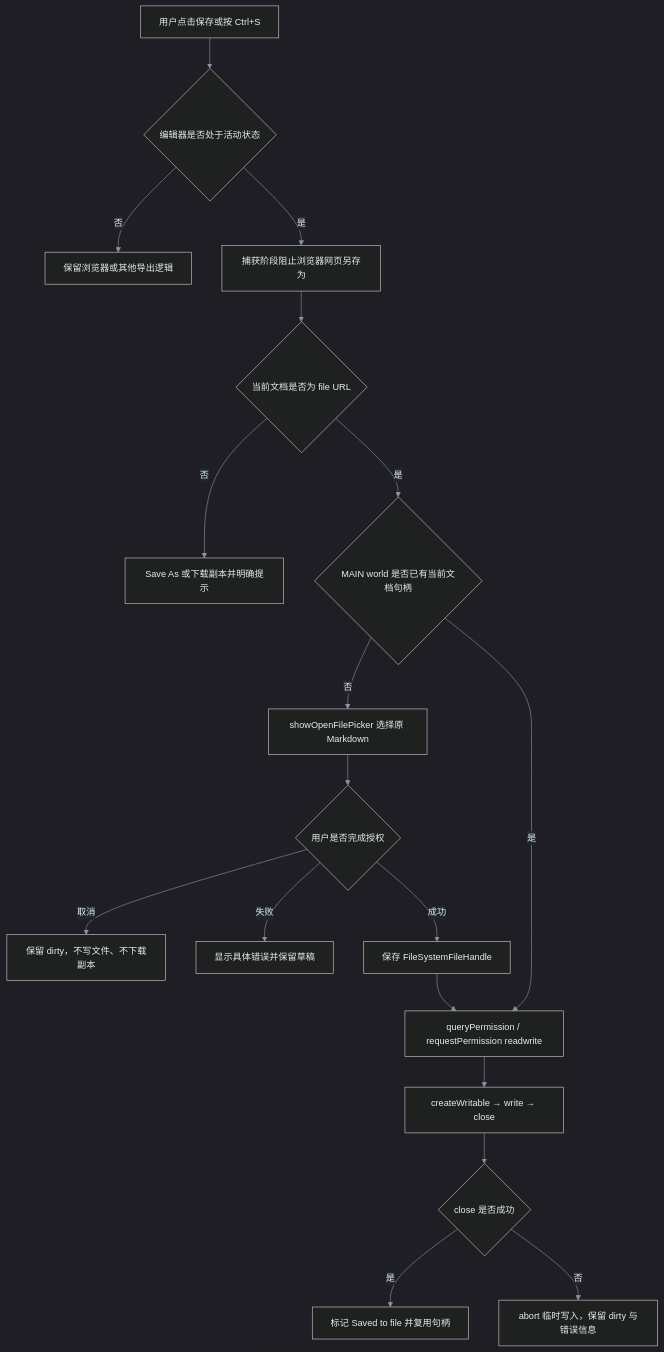
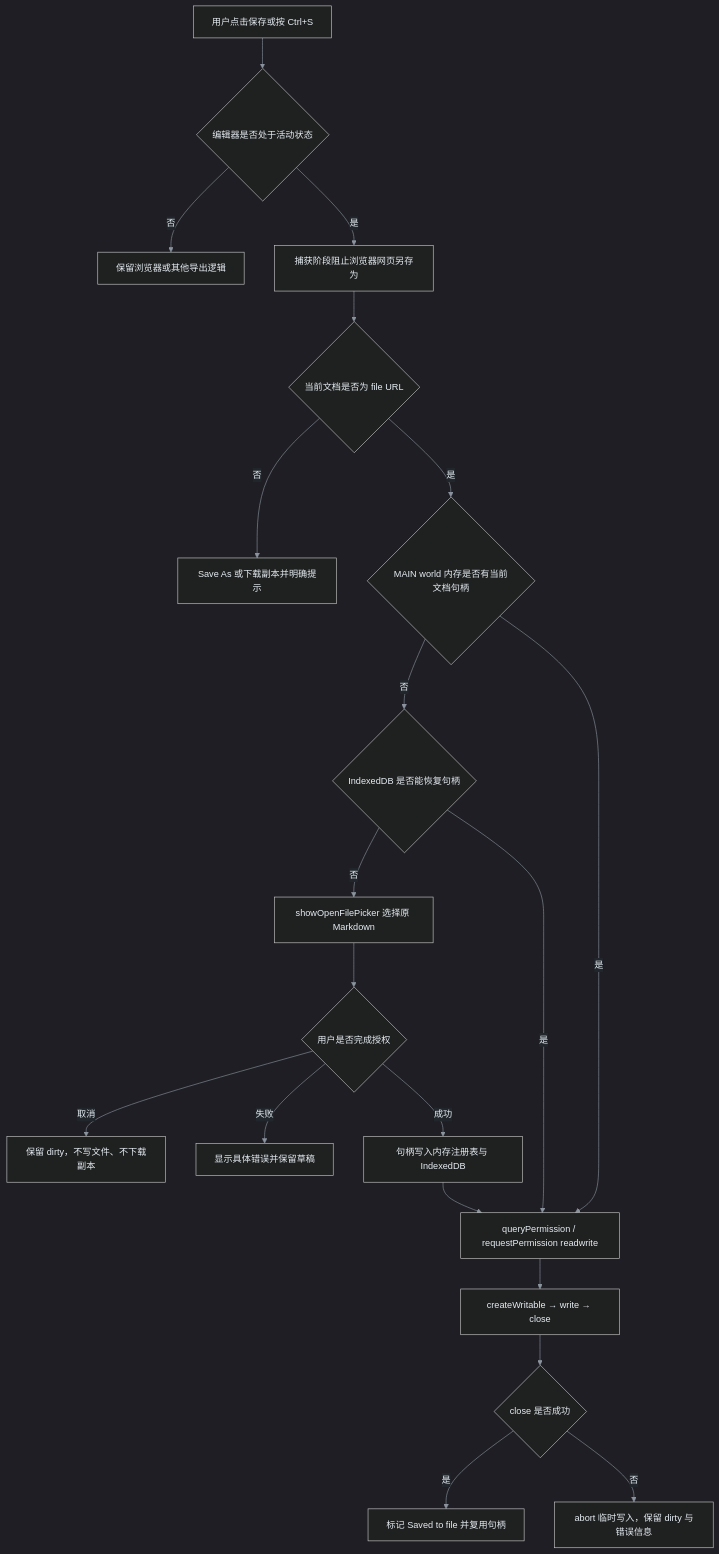
One commit to yeyangchen2009/markdown-viewer-extension changed the diagram in chrome/docs/markdown-source-save.md. Above: the diagram before and after it, drawn with Mermaid. The commit also changed other lines of this file and 2 other files, not shown here.

````diff
--- a/chrome/docs/markdown-source-save.md
+++ b/chrome/docs/markdown-source-save.md
@@ -26,21 +26,23 @@
 ```mermaid
 %%{init: {'theme':'dark','themeVariables':{'background':'#0d1117','primaryColor':'#1f6feb','primaryTextColor':'#ffffff','primaryBorderColor':'#79c0ff','secondaryColor':'#21262d','tertiaryColor':'#30363d','lineColor':'#8b949e','textColor':'#e6edf3','clusterBkg':'#161b22','clusterBorder':'#58a6ff','edgeLabelBackground':'#21262d','fontSize':'15px'}}}%%
 flowchart TD
   A["用户点击保存或按 Ctrl+S"] --> B{"编辑器是否处于活动状态"}
   B -->|"否"| C["保留浏览器或其他导出逻辑"]
   B -->|"是"| D["捕获阶段阻止浏览器网页另存为"]
   D --> E{"当前文档是否为 file URL"}
   E -->|"否"| F["Save As 或下载副本并明确提示"]
-  E -->|"是"| G{"MAIN world 是否已有当前文档句柄"}
-  G -->|"否"| H["showOpenFilePicker 选择原 Markdown"]
+  E -->|"是"| G{"MAIN world 内存是否有当前文档句柄"}
+  G -->|"否"| R{"IndexedDB 是否能恢复句柄"}
+  R -->|"否"| H["showOpenFilePicker 选择原 Markdown"]
   H --> I{"用户是否完成授权"}
   I -->|"取消"| J["保留 dirty，不写文件、不下载副本"]
   I -->|"失败"| K["显示具体错误并保留草稿"]
-  I -->|"成功"| L["保存 FileSystemFileHandle"]
+  I -->|"成功"| L["句柄写入内存注册表与 IndexedDB"]
   G -->|"是"| M["queryPermission / requestPermission readwrite"]
+  R -->|"是"| M
   L --> M
   M --> N["createWritable → write → close"]
   N --> O{"close 是否成功"}
   O -->|"是"| P["标记 Saved to file 并复用句柄"]
   O -->|"否"| Q["abort 临时写入，保留 dirty 与错误信息"]
 ```
````
